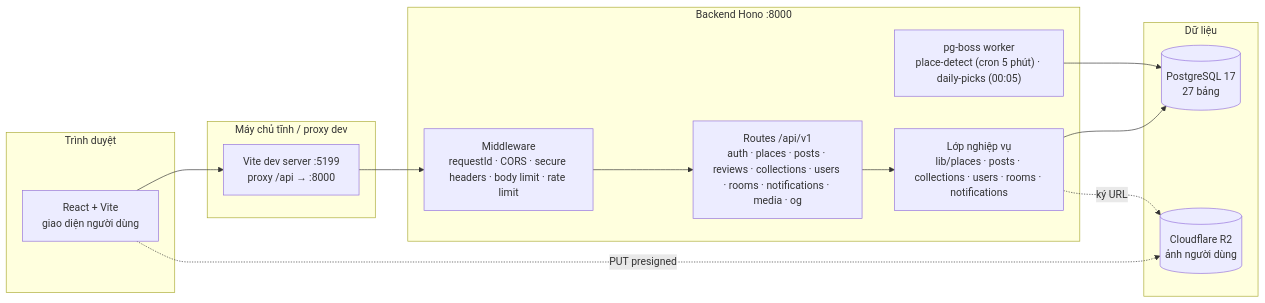
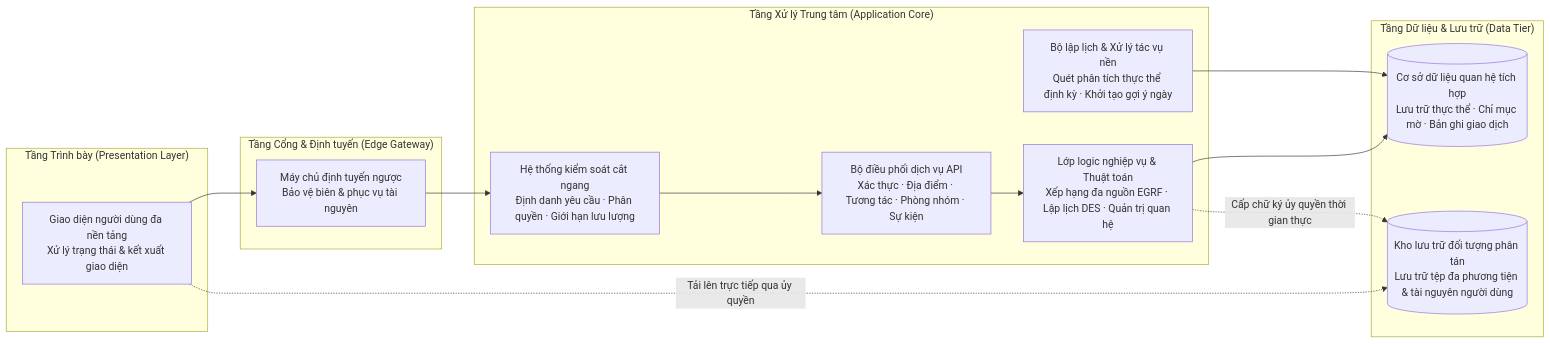
One commit to longqt321/Rendez-PBL6 changed the first of 14 diagrams in docs/bao-cao/BAO-CAO-DO-AN.md. Above: the diagram before and after it, drawn with Mermaid. The commit also changed other lines of this file, not shown here.

Commit message:
docs: transform technology catalog into rigorous architectural trade-off analysis

````diff
--- a/docs/bao-cao/BAO-CAO-DO-AN.md
+++ b/docs/bao-cao/BAO-CAO-DO-AN.md
@@ -162,23 +167,23 @@
 ```mermaid
 flowchart LR
-  subgraph Client["Trình duyệt"]
-    UI["React + Vite<br/>giao diện người dùng"]
+  subgraph Client["Tầng Trình bày (Presentation Layer)"]
+    UI["Giao diện người dùng đa nền tảng<br/>Xử lý trạng thái & kết xuất giao diện"]
   end
-  subgraph Edge["Máy chủ tĩnh / proxy dev"]
-    Vite["Vite dev server :5199<br/>proxy /api → :8000"]
+  subgraph Gateway["Tầng Cổng & Định tuyến (Edge Gateway)"]
+    GW["Máy chủ định tuyến ngược<br/>Bảo vệ biên & phục vụ tài nguyên"]
   end
-  subgraph API["Backend Hono :8000"]
-    MW["Middleware<br/>requestId · CORS · secure headers · body limit · rate limit"]
-    RT["Routes /api/v1<br/>auth · places · posts · reviews · collections · users · rooms · notifications · media · og"]
-    LIB["Lớp nghiệp vụ<br/>lib/places · posts · collections · users · rooms · notifications"]
-    JOB["pg-boss worker<br/>place-detect (cron 5 phút) · daily-picks (00:05)"]
+  subgraph Core["Tầng Xử lý Trung tâm (Application Core)"]
+    MW["Hệ thống kiểm soát cắt ngang<br/>Định danh yêu cầu · Phân quyền · Giới hạn lưu lượng"]
+    RT["Bộ điều phối dịch vụ API<br/>Xác thực · Địa điểm · Tương tác · Phòng nhóm · Sự kiện"]
+    LIB["Lớp logic nghiệp vụ & Thuật toán<br/>Xếp hạng đa nguồn EGRF · Lập lịch DES · Quản trị quan hệ"]
+    JOB["Bộ lập lịch & Xử lý tác vụ nền<br/>Quét phân tích thực thể định kỳ · Khởi tạo gợi ý ngày"]
   end
-  subgraph Data["Dữ liệu"]
-    PG[("PostgreSQL 17<br/>27 bảng")]
-    R2[("Cloudflare R2<br/>ảnh người dùng")]
+  subgraph Storage["Tầng Dữ liệu & Lưu trữ (Data Tier)"]
+    PG[("Cơ sở dữ liệu quan hệ tích hợp<br/>Lưu trữ thực thể · Chỉ mục mờ · Bản ghi giao dịch")]
+    OS[("Kho lưu trữ đối tượng phân tán<br/>Lưu trữ tệp đa phương tiện & tài nguyên người dùng")]
   end
-  UI --> Vite --> MW --> RT --> LIB --> PG
+  UI --> GW --> MW --> RT --> LIB --> PG
   JOB --> PG
-  UI -. "PUT presigned" .-> R2
-  LIB -. "ký URL" .-> R2
+  UI -. "Tải lên trực tiếp qua ủy quyền" .-> OS
+  LIB -. "Cấp chữ ký ủy quyền thời gian thực" .-> OS
 ```
````
